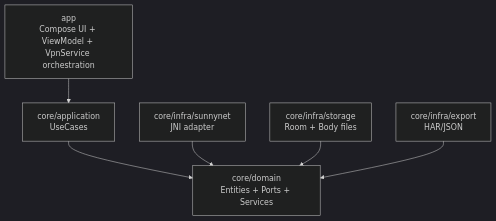
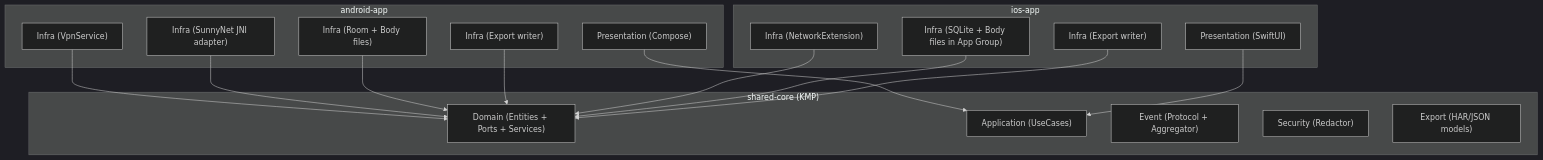
One commit to nickdu2009/FlowTrace changed the diagram in doc/TECH_STACK.md. Above: the diagram before and after it, drawn with Mermaid (dark theme). The commit also changed other lines of this file and 8 other files, not shown here.

````diff
--- a/doc/TECH_STACK.md
+++ b/doc/TECH_STACK.md
@@ -21,8 +42,25 @@
 ```mermaid
 flowchart TB
-  APP["app\nCompose UI + ViewModel + VpnService orchestration"] --> APPUC["core/application\nUseCases"]
-  APPUC --> DOM["core/domain\nEntities + Ports + Services"]
-  INF1["core/infra/sunnynet\nJNI adapter"] --> DOM
-  INF2["core/infra/storage\nRoom + Body files"] --> DOM
-  INF3["core/infra/export\nHAR/JSON"] --> DOM
+  subgraph Shared["shared-core (KMP)"]
+    DOM["Domain (Entities + Ports + Services)"]
+    APPUC["Application (UseCases)"]
+    EVT["Event (Protocol + Aggregator)"]
+    SEC["Security (Redactor)"]
+    EXP["Export (HAR/JSON models)"]
+  end
+
+  subgraph AND["android-app"]
+    AND_UI["Presentation (Compose)"] --> APPUC
+    AND_INF1["Infra (VpnService)"] --> DOM
+    AND_INF2["Infra (SunnyNet JNI adapter)"] --> DOM
+    AND_INF3["Infra (Room + Body files)"] --> DOM
+    AND_INF4["Infra (Export writer)"] --> DOM
+  end
+
+  subgraph IOS["ios-app"]
+    IOS_UI["Presentation (SwiftUI)"] --> APPUC
+    IOS_INF1["Infra (NetworkExtension)"] --> DOM
+    IOS_INF2["Infra (SQLite + Body files in App Group)"] --> DOM
+    IOS_INF3["Infra (Export writer)"] --> DOM
+  end
 ```
````
